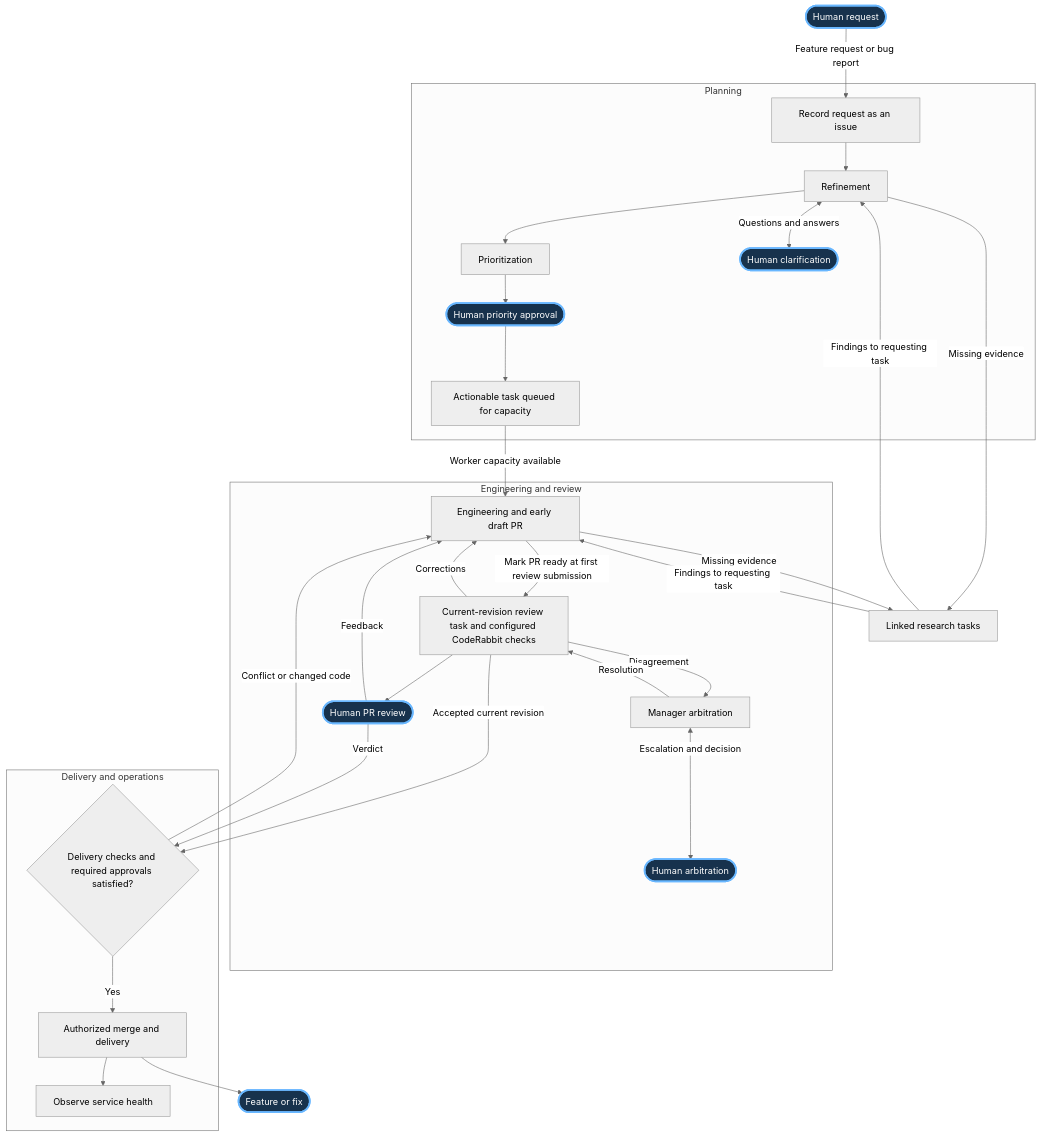
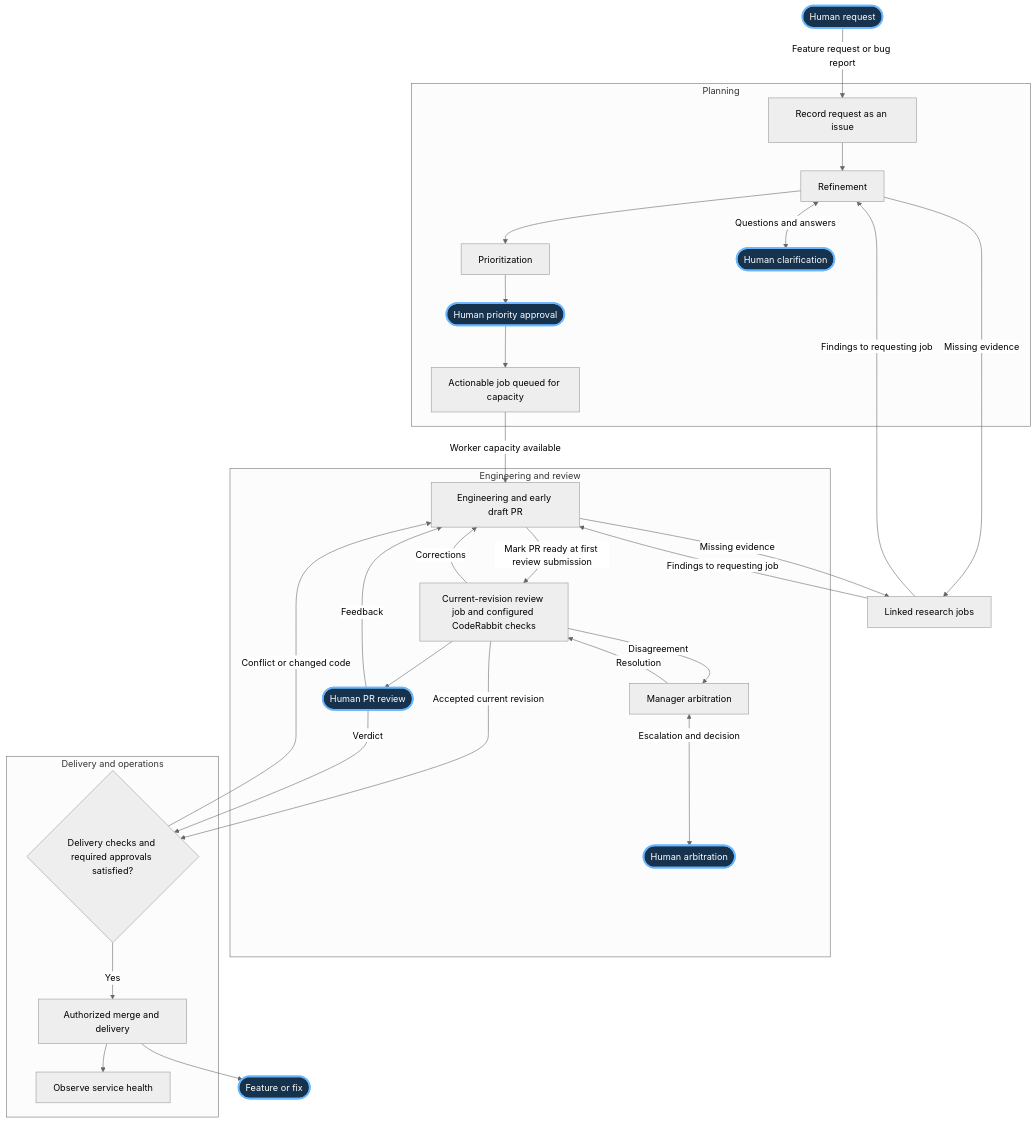
The second of 3 diagrams in SPEC.md (dataclique/metagenda), drawn with Mermaid (neutral theme) before and after one commit. The commit also changed other lines of this file and 1 other file, not shown here.

Commit message:
define observable job pools and manager boundaries

````diff
--- a/SPEC.md
+++ b/SPEC.md
@@ -166,50 +188,50 @@
 ```mermaid
 flowchart TD
     Human([Human request])
     Complete([Feature or fix])
     subgraph Planning[Planning]
         Intake[Record request as an issue]
         Refine[Refinement]
         Priority[Prioritization]
-        Queue[Actionable task queued for capacity]
+        Queue[Actionable job queued for capacity]
         Clarify([Human clarification])
         Approve([Human priority approval])
     end
-    Research[Linked research tasks]
+    Research[Linked research jobs]
     subgraph Implementation[Engineering and review]
         Engineering[Engineering and early draft PR]
-        Review[Current-revision review task and configured CodeRabbit checks]
+        Review[Current-revision review job and configured CodeRabbit checks]
         Arbitration[Manager arbitration]
         HumanReview([Human PR review])
         HumanDecision([Human arbitration])
     end
     subgraph Delivery[Delivery and operations]
         Release{Delivery checks and required approvals satisfied?}
         Deliver[Authorized merge and delivery]
         Monitor[Observe service health]
         Deliver --> Monitor
     end
         Intake --> Refine --> Priority
         Refine -->|Missing evidence| Research
-        Research -->|Findings to requesting task| Refine
+        Research -->|Findings to requesting job| Refine
         Engineering -->|Missing evidence| Research
-        Research -->|Findings to requesting task| Engineering
+        Research -->|Findings to requesting job| Engineering
         Queue -->|Worker capacity available| Engineering
         Engineering -->|Mark PR ready at first review submission| Review
         Review -->|Corrections| Engineering
         Review -->|Disagreement| Arbitration
         Arbitration -->|Resolution| Review
         Review -->|Accepted current revision| Release
         Release -->|Yes| Deliver
         Release -->|Conflict or changed code| Engineering
     Human -->|Feature request or bug report| Intake
     Refine <-->|Questions and answers| Clarify
     Priority --> Approve --> Queue
     Review --> HumanReview
     HumanReview -->|Feedback| Engineering
     HumanReview -->|Verdict| Release
     Arbitration <-->|Escalation and decision| HumanDecision
     Deliver --> Complete
     classDef endpoint fill:#17324d,color:#ffffff,stroke:#69b7ff,stroke-width:3px
     class Human,Complete,Clarify,Approve,HumanReview,HumanDecision endpoint
 ```
````
